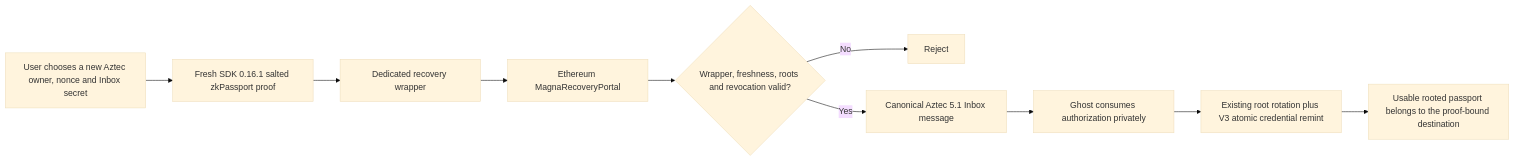
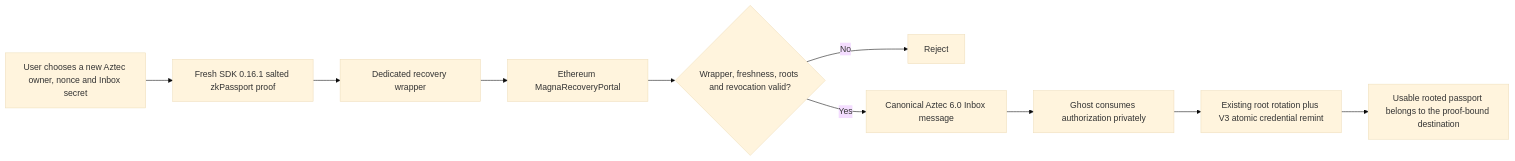
The diagram in docs/passport-recovery-v3-spec.md (oguzutku1745/magna_monorepo), drawn with Mermaid (base theme) before and after one commit. The commit also changed other lines of this file and 37 other files, not shown here.

Commit message:
feat: migrate local operations to Aztec V6 Fast Inbox

````diff
--- a/docs/passport-recovery-v3-spec.md
+++ b/docs/passport-recovery-v3-spec.md
@@ -74,12 +74,12 @@
 ```mermaid
 flowchart LR
     A["User chooses a new Aztec owner, nonce and Inbox secret"] --> B["Fresh SDK 0.16.1 salted zkPassport proof"]
     B --> C["Dedicated recovery wrapper"]
     C --> D["Ethereum MagnaRecoveryPortal"]
     D --> E{"Wrapper, freshness, roots and revocation valid?"}
     E -- "No" --> F["Reject"]
-    E -- "Yes" --> G["Canonical Aztec 5.1 Inbox message"]
+    E -- "Yes" --> G["Canonical Aztec 6.0 Inbox message"]
     G --> H["Ghost consumes authorization privately"]
     H --> I["Existing root rotation plus V3 atomic credential remint"]
     I --> J["Usable rooted passport belongs to the proof-bound destination"]
 ```
````
